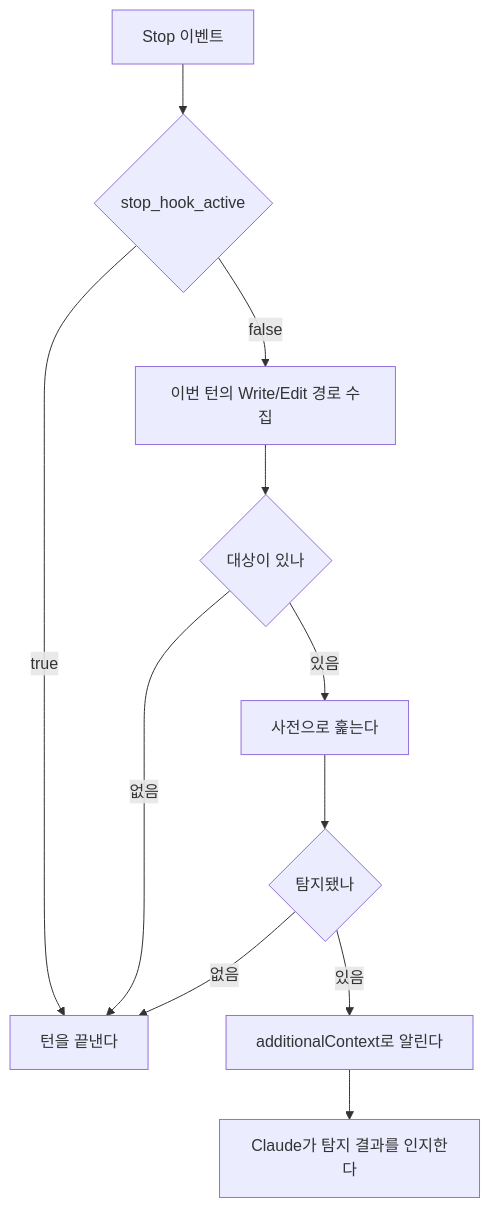
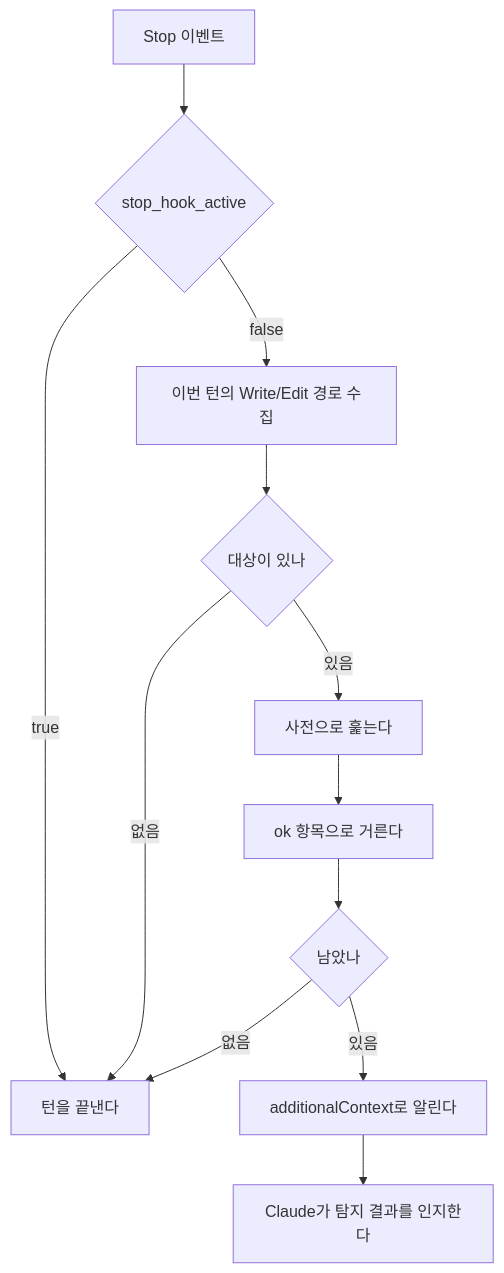
Before and after one commit to nil-park/claude-workflow-kit: the diagram in docs/architecture/ko-style.md, drawn with Mermaid. The commit also changed other lines of this file and 2 other files, not shown here.

````diff
--- a/docs/architecture/ko-style.md
+++ b/docs/architecture/ko-style.md
@@ -10,13 +10,14 @@
 ```mermaid
 flowchart TD
   stop["Stop 이벤트"] --> active{"stop_hook_active"}
   active -->|true| pass["턴을 끝낸다"]
   active -->|false| collect["이번 턴의 Write/Edit 경로 수집"]
   collect --> empty{"대상이 있나"}
   empty -->|없음| pass
   empty -->|있음| scan["사전으로 훑는다"]
-  scan --> match{"탐지됐나"}
+  scan --> filter["ok 항목으로 거른다"]
+  filter --> match{"남았나"}
   match -->|없음| pass
   match -->|있음| report["additionalContext로 알린다"]
   report --> again["Claude가 탐지 결과를 인지한다"]
 ```
````
